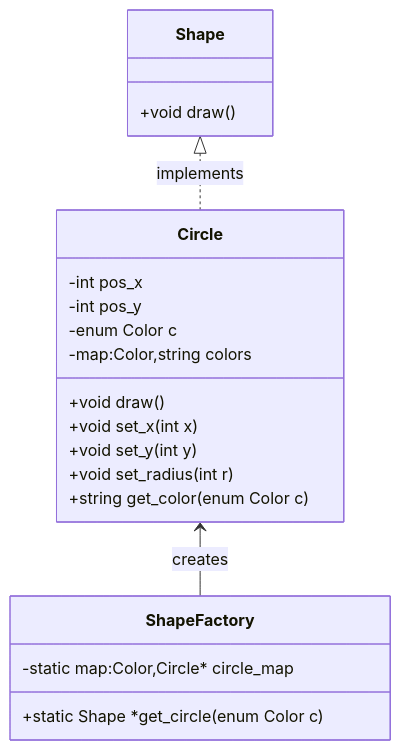
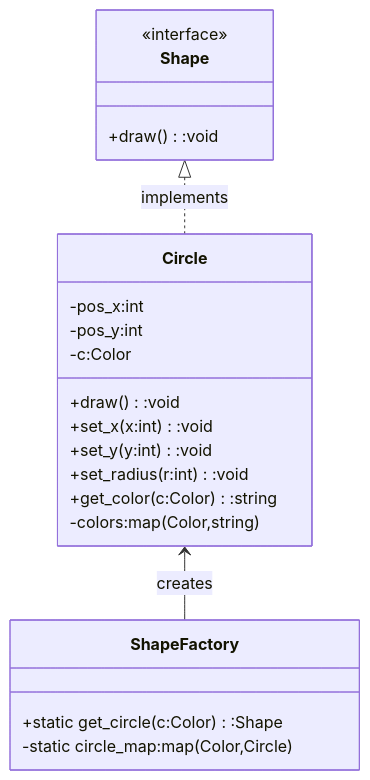
The diagram in Structural/Fly-Weight/README.md (aperlini/Design-Patterns), drawn with Mermaid before and after one commit. The commit also changed 6 other files, not shown here.

Commit message:
structural UML snippets

````diff
--- a/Structural/Fly-Weight/README.md
+++ b/Structural/Fly-Weight/README.md
@@ -5,29 +5,29 @@
 ```mermaid
 classDiagram
 	
 	Shape <|.. Circle:implements
 	Circle <-- ShapeFactory:creates
 	
-	
 	class Shape {
-		+void draw()
+		<<interface>>
+		+draw():void
 	}
 	
 	class Circle {
-		+void draw()
-		+void set_x(int x)
-		+void set_y(int y)
-		+void set_radius(int r)
-		+string get_color(enum Color c)
-		-int pos_x
-		-int pos_y
-		-enum Color c
-		-map:Color,string colors
+		+draw():void
+		+set_x(x:int):void
+		+set_y(y:int):void
+		+set_radius(r:int):void
+		+get_color(c:Color):string
+		-pos_x:int
+		-pos_y:int
+		-c:Color
+		-colors:map(Color,string)
 	}
 	
 	class ShapeFactory {
-		+static Shape *get_circle(enum Color c)
-		-static map:Color,Circle* circle_map
+		+static get_circle(c:Color):Shape
+		-static circle_map:map(Color,Circle)
 	}
 	
 ```
````
